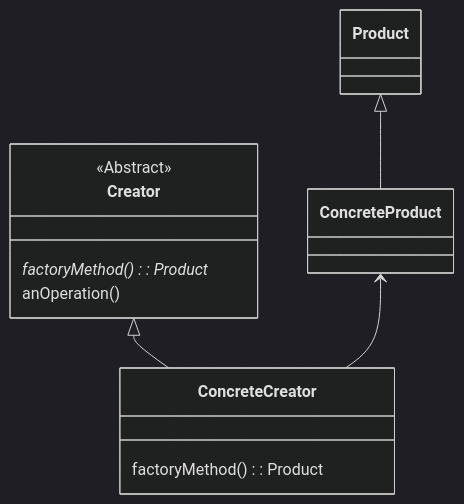
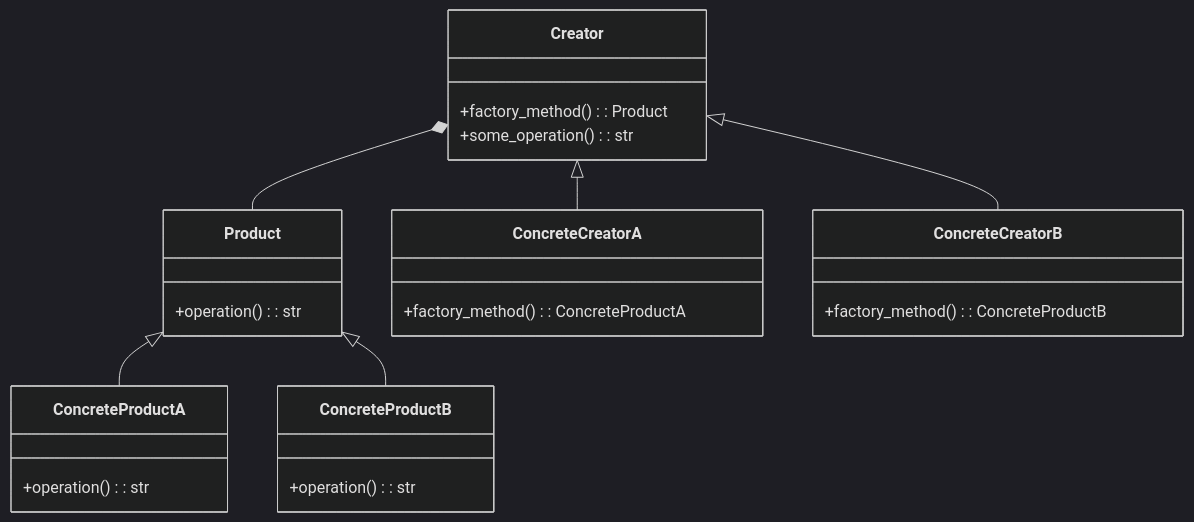
The diagram in Design Patterns/Factory Method Pattern.md (brynsroberts/TIL), drawn with Mermaid (dark theme) before and after one commit. The commit also changed other lines of this file and 6 other files, not shown here.

````diff
--- a/Design Patterns/Factory Method Pattern.md
+++ b/Design Patterns/Factory Method Pattern.md
@@ -3,33 +59,27 @@
 ```mermaid
 classDiagram
-
-	class Creator {
-
-	<<Abstract>>
-
-	factoryMethod()*: Product
-
-	anOperation()
-
-	}
-
-	class ConcreteCreator {
-
-	factoryMethod(): Product
-	
-	}
-
-	class Product {
-
-	}
-
-	class ConcreteProduct {
-
-	}
-
-	Creator <|-- ConcreteCreator
-
-	ConcreteProduct <-- ConcreteCreator
-
-	Product <|-- ConcreteProduct
+  class Product {
+    +operation(): str
+  }
+  class ConcreteProductA {
+    +operation(): str
+  }
+  class ConcreteProductB {
+    +operation(): str
+  }
+  class Creator {
+    +factory_method(): Product
+    +some_operation(): str
+  }
+  class ConcreteCreatorA {
+    +factory_method(): ConcreteProductA
+  }
+  class ConcreteCreatorB {
+    +factory_method(): ConcreteProductB
+  }
+  Product <|-- ConcreteProductA
+  Product <|-- ConcreteProductB
+  Creator <|-- ConcreteCreatorA
+  Creator <|-- ConcreteCreatorB
+  Creator *-- Product
 ```
````
